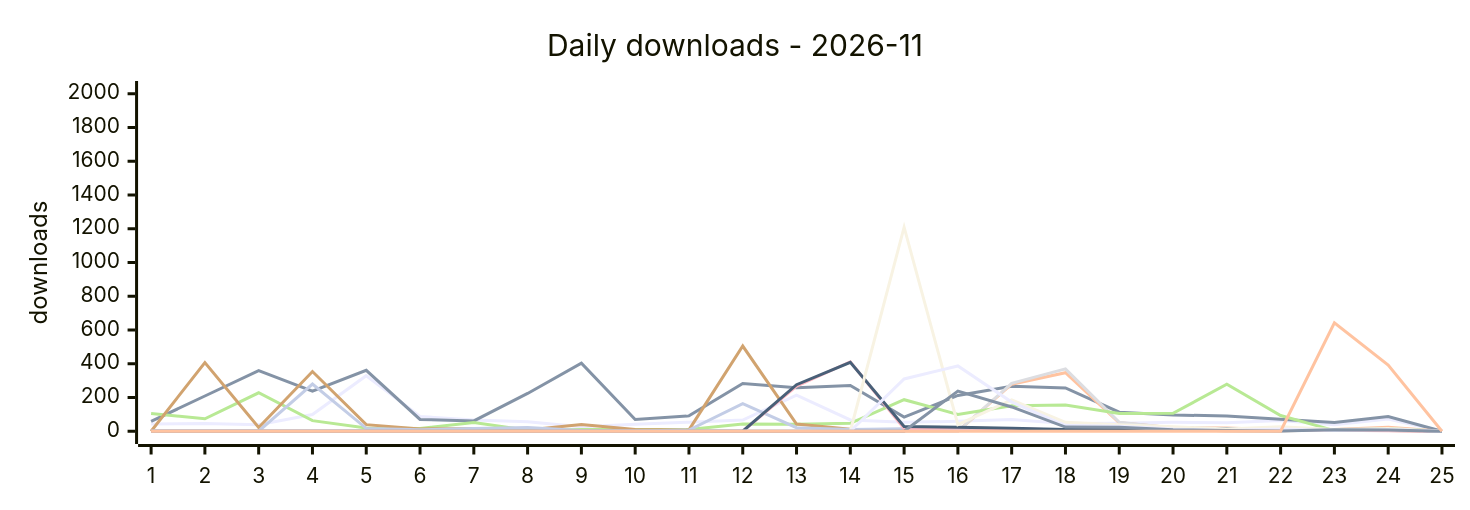
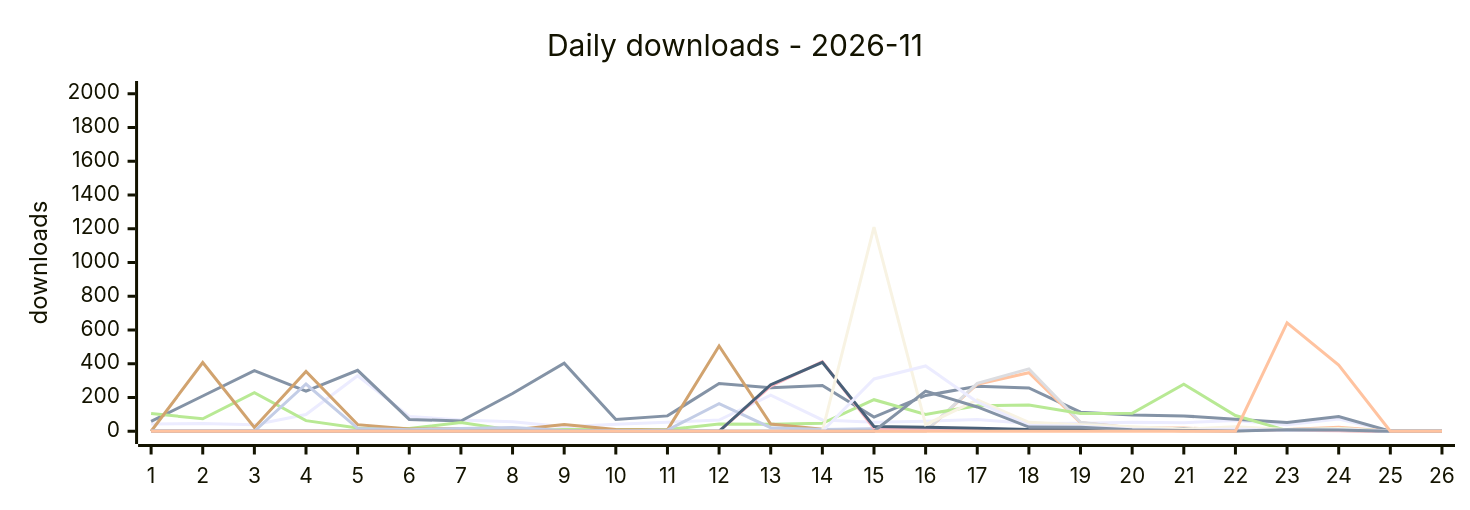
The first of 2 diagrams in DASHBOARD.md (terry2010/npm-downloads-tracker), drawn with Mermaid before and after one commit. The commit also changed other lines of this file and 1 other file, not shown here.

````diff
--- a/DASHBOARD.md
+++ b/DASHBOARD.md
@@ -45,20 +45,20 @@
 ```mermaid
 %%{init: {'xyChart': {'width': 960, 'height': 320}}}%%
 xychart-beta
     title "Daily downloads - 2026-11"
-    x-axis ["1", "2", "3", "4", "5", "6", "7", "8", "9", "10", "11", "12", "13", "14", "15", "16", "17", "18", "19", "20", "21", "22", "23", "24", "25"]
+    x-axis ["1", "2", "3", "4", "5", "6", "7", "8", "9", "10", "11", "12", "13", "14", "15", "16", "17", "18", "19", "20", "21", "22", "23", "24", "25", "26"]
     y-axis "downloads" 0 --> 2000
-    line "dsh-loop-recover" [43, 46, 39, 99, 329, 88, 66, 56, 27, 42, 54, 66, 214, 67, 53, 59, 69, 46, 48, 53, 51, 63, 39, 72, 0]
-    line "dsh-rss-news-daily" [58, 209, 359, 237, 361, 70, 61, 224, 403, 70, 91, 283, 258, 271, 84, 212, 266, 257, 113, 96, 91, 71, 52, 87, 0]
-    line "dsh-rss-news-flash-kuaixun" [0, 0, 0, 0, 0, 0, 0, 0, 0, 0, 0, 0, 0, 0, 0, 0, 279, 347, 50, 21, 19, 9, 11, 24, 0]
-    line "dsh-rss-news-browser-fetch" [0, 0, 0, 0, 0, 0, 0, 0, 0, 0, 0, 0, 0, 0, 0, 0, 284, 370, 53, 20, 17, 7, 5, 17, 0]
-    line "opencode-loop-recover" [105, 74, 228, 63, 19, 16, 52, 6, 10, 11, 10, 43, 41, 47, 187, 100, 151, 155, 105, 106, 279, 93, 4, 15, 0]
-    line "oc-market-quail-zephyr-72a0" [0, 407, 22, 354, 39, 14, 15, 7, 40, 10, 8, 505, 43, 12, 11, 6, 5, 5, 9, 10, 3, 3, 8, 4, 0]
-    line "awesome-opencode-market" [0, 0, 0, 280, 17, 9, 17, 22, 4, 1, 7, 164, 21, 10, 15, 10, 7, 8, 11, 9, 3, 3, 10, 5, 0]
-    line "surfbird" [0, 0, 0, 0, 0, 0, 0, 0, 0, 0, 0, 0, 267, 412, 16, 19, 15, 8, 6, 10, 11, 11, 6, 3, 0]
-    line "surfbird-mcp" [0, 0, 0, 0, 0, 0, 0, 0, 0, 0, 0, 0, 276, 408, 28, 23, 18, 10, 9, 18, 13, 10, 10, 12, 0]
-    line "dsh-control-surfbird-for-kitesurf" [0, 0, 0, 0, 0, 0, 0, 0, 0, 0, 0, 0, 0, 0, 1209, 39, 186, 53, 38, 27, 13, 27, 10, 17, 0]
-    line "opencode-control-surfbird-for-kitesurf" [0, 0, 0, 0, 0, 0, 0, 0, 0, 0, 0, 0, 0, 0, 310, 387, 173, 34, 30, 13, 4, 14, 5, 10, 0]
-    line "pi-control-surfbird-for-kitesurf" [0, 0, 0, 0, 0, 0, 0, 0, 0, 0, 0, 0, 0, 0, 0, 238, 144, 25, 24, 9, 5, 2, 9, 8, 0]
-    line "awesome-skill-market" [0, 0, 0, 0, 0, 0, 0, 0, 0, 0, 0, 0, 0, 0, 0, 0, 0, 0, 0, 0, 0, 0, 642, 392, 0]
+    line "dsh-loop-recover" [43, 46, 39, 99, 329, 88, 66, 56, 27, 42, 54, 66, 214, 67, 53, 59, 69, 46, 48, 53, 51, 63, 39, 72, 0, 0]
+    line "dsh-rss-news-daily" [58, 209, 359, 237, 361, 70, 61, 224, 403, 70, 91, 283, 258, 271, 84, 212, 266, 257, 113, 96, 91, 71, 52, 87, 0, 0]
+    line "dsh-rss-news-flash-kuaixun" [0, 0, 0, 0, 0, 0, 0, 0, 0, 0, 0, 0, 0, 0, 0, 0, 279, 347, 50, 21, 19, 9, 11, 24, 0, 0]
+    line "dsh-rss-news-browser-fetch" [0, 0, 0, 0, 0, 0, 0, 0, 0, 0, 0, 0, 0, 0, 0, 0, 284, 370, 53, 20, 17, 7, 5, 17, 0, 0]
+    line "opencode-loop-recover" [105, 74, 228, 63, 19, 16, 52, 6, 10, 11, 10, 43, 41, 47, 187, 100, 151, 155, 105, 106, 279, 93, 4, 15, 0, 0]
+    line "oc-market-quail-zephyr-72a0" [0, 407, 22, 354, 39, 14, 15, 7, 40, 10, 8, 505, 43, 12, 11, 6, 5, 5, 9, 10, 3, 3, 8, 4, 0, 0]
+    line "awesome-opencode-market" [0, 0, 0, 280, 17, 9, 17, 22, 4, 1, 7, 164, 21, 10, 15, 10, 7, 8, 11, 9, 3, 3, 10, 5, 0, 0]
+    line "surfbird" [0, 0, 0, 0, 0, 0, 0, 0, 0, 0, 0, 0, 267, 412, 16, 19, 15, 8, 6, 10, 11, 11, 6, 3, 0, 0]
+    line "surfbird-mcp" [0, 0, 0, 0, 0, 0, 0, 0, 0, 0, 0, 0, 276, 408, 28, 23, 18, 10, 9, 18, 13, 10, 10, 12, 0, 0]
+    line "dsh-control-surfbird-for-kitesurf" [0, 0, 0, 0, 0, 0, 0, 0, 0, 0, 0, 0, 0, 0, 1209, 39, 186, 53, 38, 27, 13, 27, 10, 17, 0, 0]
+    line "opencode-control-surfbird-for-kitesurf" [0, 0, 0, 0, 0, 0, 0, 0, 0, 0, 0, 0, 0, 0, 310, 387, 173, 34, 30, 13, 4, 14, 5, 10, 0, 0]
+    line "pi-control-surfbird-for-kitesurf" [0, 0, 0, 0, 0, 0, 0, 0, 0, 0, 0, 0, 0, 0, 0, 238, 144, 25, 24, 9, 5, 2, 9, 8, 0, 0]
+    line "awesome-skill-market" [0, 0, 0, 0, 0, 0, 0, 0, 0, 0, 0, 0, 0, 0, 0, 0, 0, 0, 0, 0, 0, 0, 642, 392, 0, 0]
 ```
````
